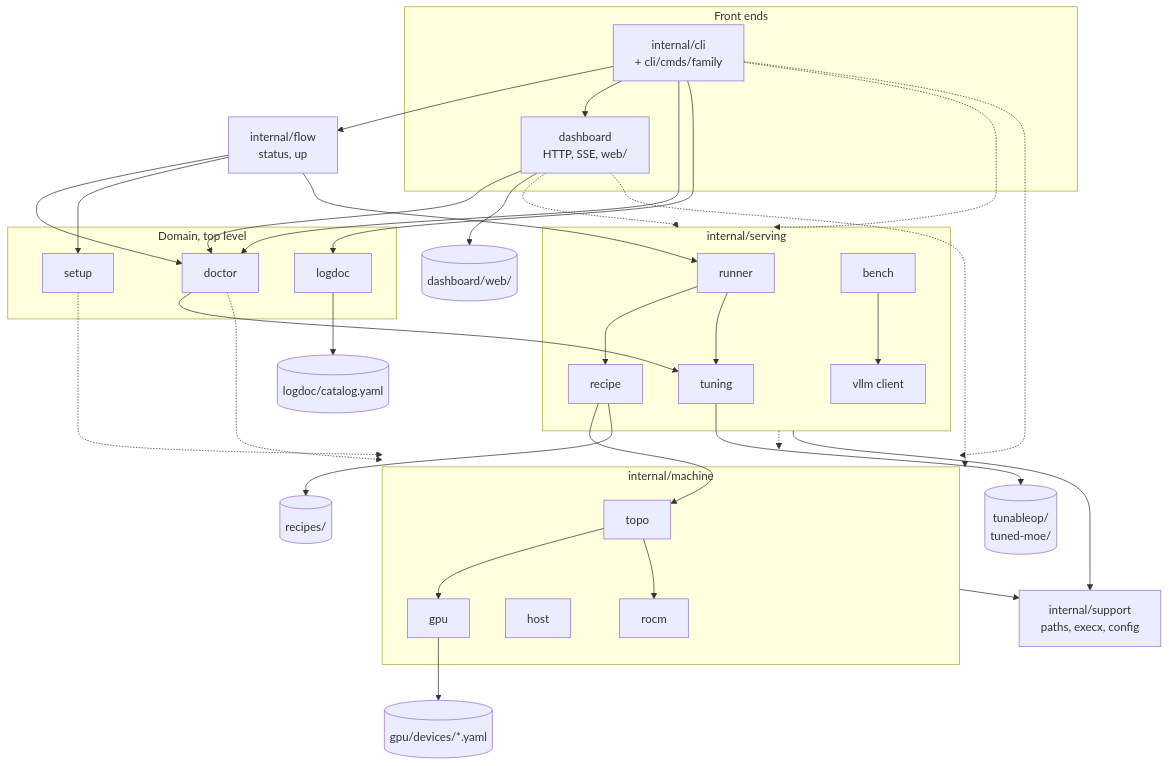
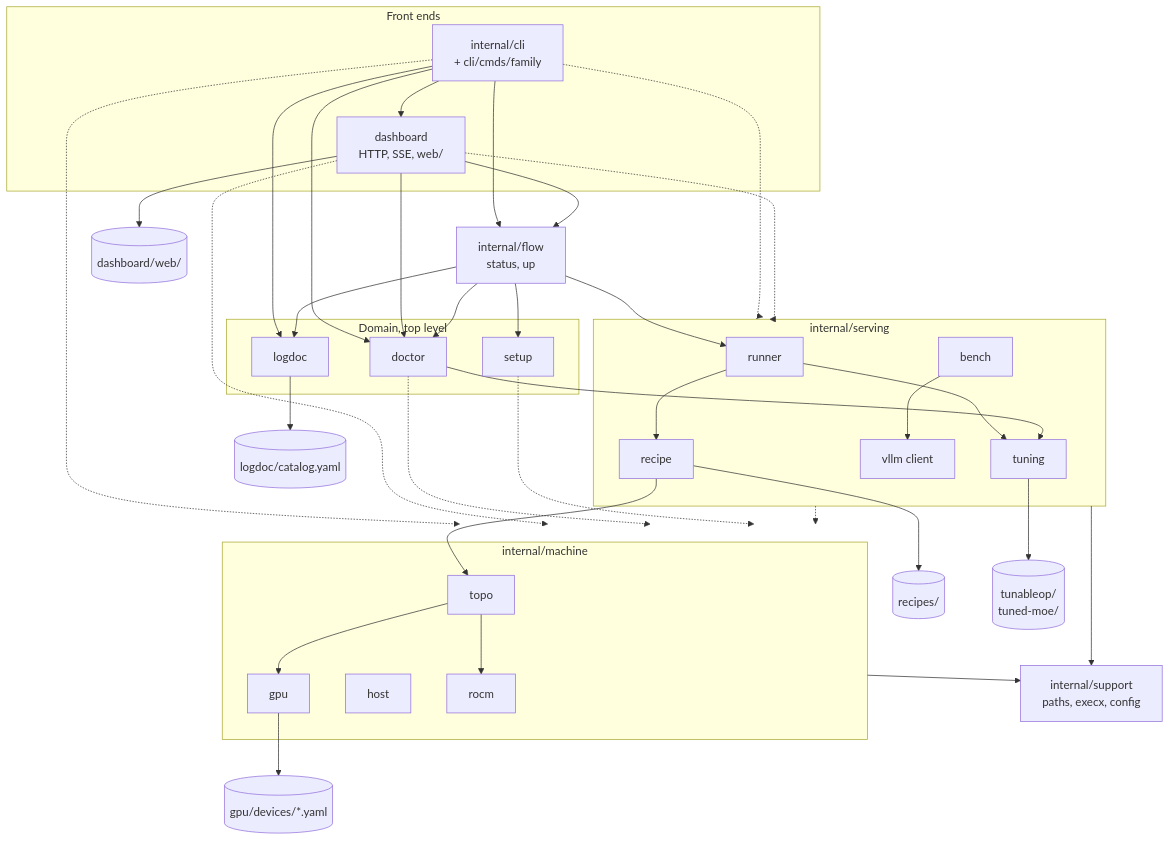
The first of 6 diagrams in docs/architecture.md (opengfx1030/bernie), drawn with Mermaid before and after one commit. The commit also changed other lines of this file and 2 other files, not shown here.

Commit message:
spec: scan the log of a run that exits during startup (up, serve --wait, ps, status)

````diff
--- a/docs/architecture.md
+++ b/docs/architecture.md
@@ -20,61 +20,63 @@
 ```mermaid
 flowchart TB
   subgraph front["Front ends"]
     CLI["internal/cli<br/>+ cli/cmds/family"]
     DASH["dashboard<br/>HTTP, SSE, web/"]
   end
   FLOW["internal/flow<br/>status, up"]
   subgraph top["Domain, top level"]
     DOC["doctor"]
     SET["setup"]
     LOG["logdoc"]
   end
   subgraph serving["internal/serving"]
     RUN["runner"]
     REC["recipe"]
     TUN["tuning"]
     BEN["bench"]
     VLLM["vllm client"]
   end
   subgraph machine["internal/machine"]
     TOPO["topo"]
     GPU["gpu"]
     HOST["host"]
     ROCM["rocm"]
   end
   SUP["internal/support<br/>paths, execx, config"]
   D1[("gpu/devices/*.yaml")]
   D2[("recipes/")]
   D3[("tunableop/<br/>tuned-moe/")]
   D4[("logdoc/catalog.yaml")]
   D5[("dashboard/web/")]
   CLI --> FLOW
   CLI --> DASH
   CLI --> DOC
+  DASH --> FLOW
   CLI --> LOG
   DASH --> DOC
   FLOW --> DOC
   FLOW --> SET
   FLOW --> RUN
+  FLOW --> LOG
   RUN --> REC
   RUN --> TUN
   REC --> TOPO
   DOC --> TUN
   TOPO --> GPU
   TOPO --> ROCM
   BEN --> VLLM
   CLI -.-> serving
   DASH -.-> serving
   CLI -.-> machine
   DASH -.-> machine
   DOC -.-> machine
   SET -.-> machine
   serving -.-> machine
   machine --> SUP
   serving --> SUP
   GPU --> D1
   REC --> D2
   TUN --> D3
   LOG --> D4
   DASH --> D5
 ```
````
